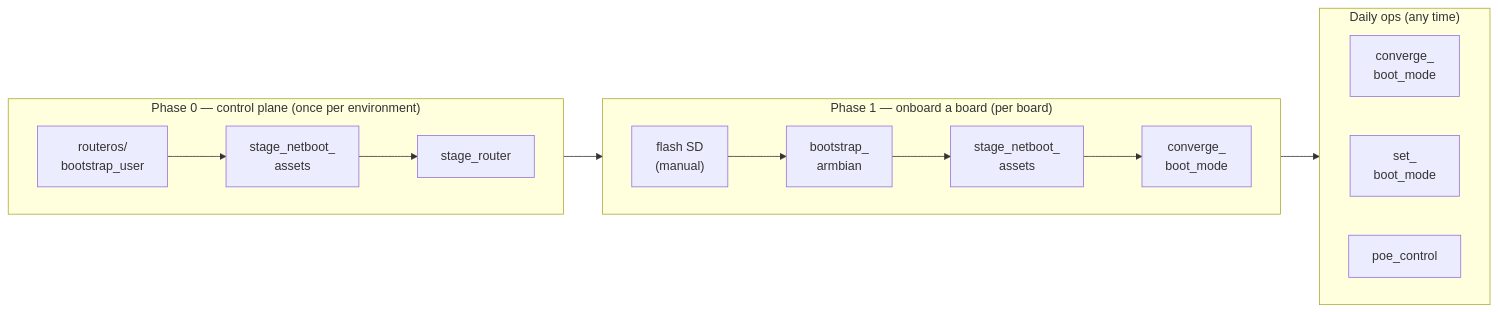
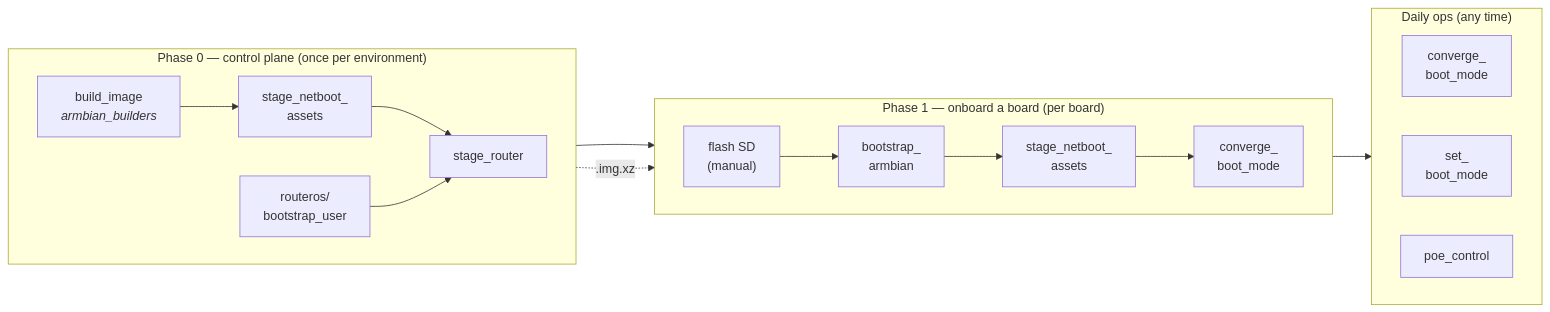
The diagram in README.md (david-igou/ansible-collection-armbian), drawn with Mermaid before and after one commit. The commit also changed other lines of this file, not shown here.

First line of the commit message:
docs(README): add build_image to Phase 0 in lifecycle diagram

````diff
--- a/README.md
+++ b/README.md
@@ -97,29 +98,33 @@
 ```mermaid
 flowchart LR
     subgraph P0["Phase 0 — control plane (once per environment)"]
         direction LR
+        BI["build_image<br/><i>armbian_builders</i>"]
         BU["routeros/<br/>bootstrap_user"]
         SN0["stage_netboot_<br/>assets"]
         SR0["stage_router"]
-        BU --> SN0 --> SR0
+        BI --> SN0
+        SN0 --> SR0
+        BU --> SR0
     end
 
     subgraph P1["Phase 1 — onboard a board (per board)"]
         direction LR
         FL["flash SD<br/>(manual)"]
         BA["bootstrap_<br/>armbian"]
         SN1["stage_netboot_<br/>assets"]
         CB1["converge_<br/>boot_mode"]
         FL --> BA --> SN1 --> CB1
     end
 
     subgraph DO["Daily ops (any time)"]
         direction LR
         CB["converge_<br/>boot_mode"]
         SBM["set_<br/>boot_mode"]
         PC["poe_control"]
     end
 
     SR0 --> FL
+    BI -.->|".img.xz"| FL
     CB1 --> CB
 ```
````
